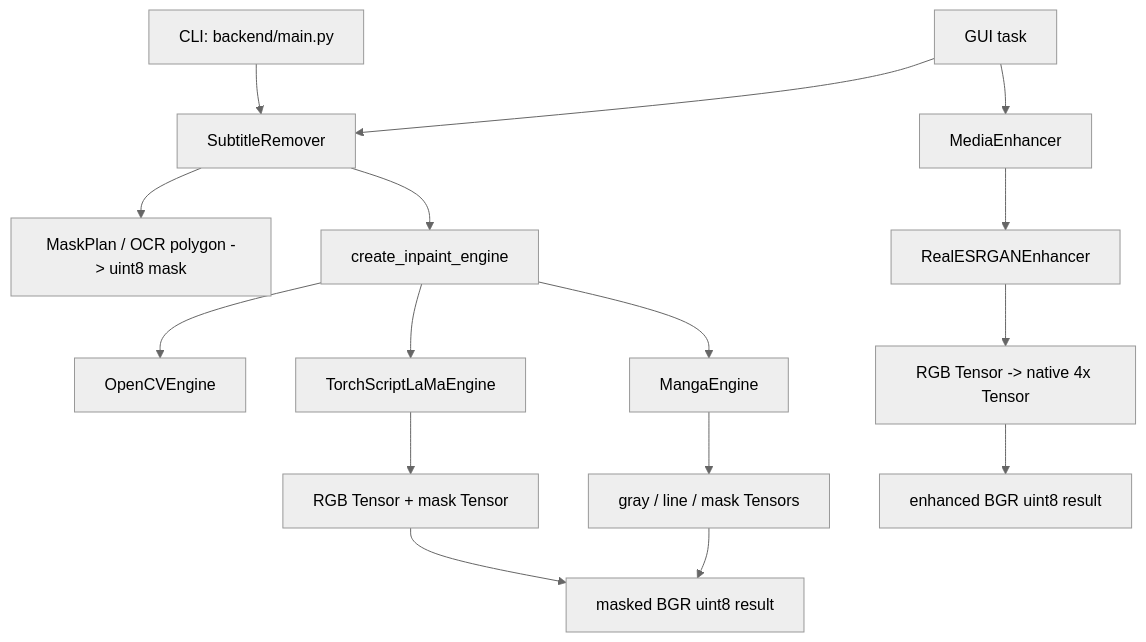
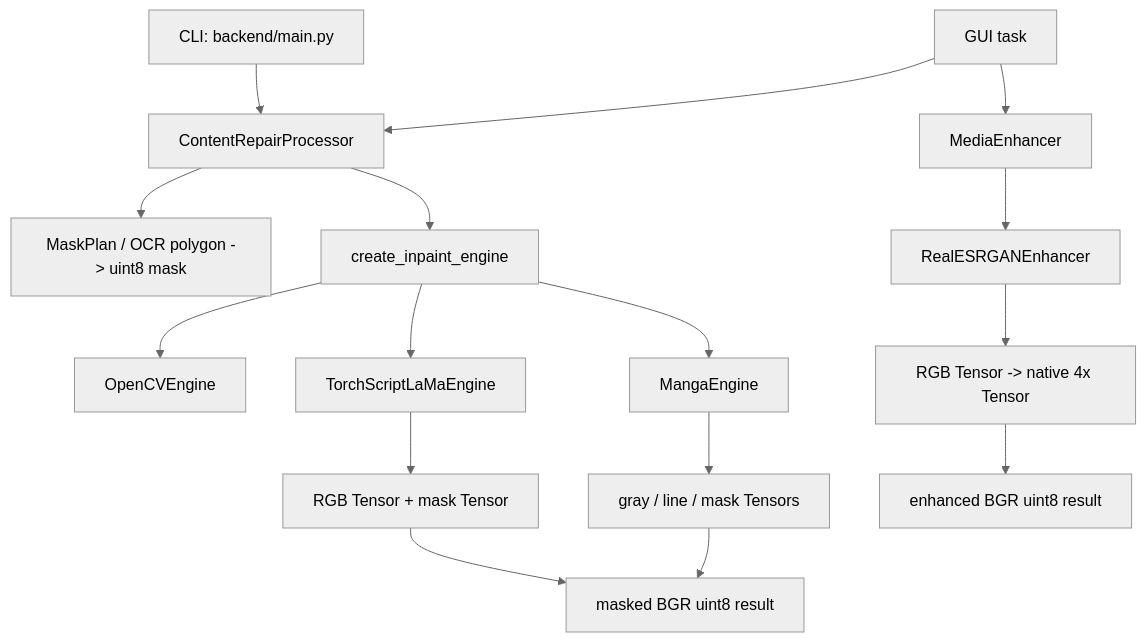
One commit to Yukino-insect/Yukino-insect.github.io changed the diagram in content/Agent/02-model-inference-and-infrastructure/01-pytorch-foundations/08-project-interview-and-debugging.md. Above: the diagram before and after it, drawn with Mermaid (neutral theme). The commit also changed other lines of this file and 24 other files, not shown here.

````diff
--- a/content/Agent/02-model-inference-and-infrastructure/01-pytorch-foundations/08-project-interview-and-debugging.md
+++ b/content/Agent/02-model-inference-and-infrastructure/01-pytorch-foundations/08-project-interview-and-debugging.md
@@ -19,18 +19,18 @@
 ```mermaid
 flowchart TD
-    CLI[CLI: backend/main.py] --> SR[SubtitleRemover]
-    GUI[GUI task] --> SR
-    SR --> MASK[MaskPlan / OCR polygon -> uint8 mask]
-    SR --> FACTORY[create_inpaint_engine]
+    CLI[CLI: backend/main.py] --> CR[ContentRepairProcessor]
+    GUI[GUI task] --> CR
+    CR --> MASK[MaskPlan / OCR polygon -> uint8 mask]
+    CR --> FACTORY[create_inpaint_engine]
     FACTORY --> OPENCV[OpenCVEngine]
     FACTORY --> LAMA[TorchScriptLaMaEngine]
     FACTORY --> MANGA[MangaEngine]
     LAMA --> LAMAT[RGB Tensor + mask Tensor]
     MANGA --> MANGAT[gray / line / mask Tensors]
     LAMAT --> REPAIR[masked BGR uint8 result]
     MANGAT --> REPAIR
     GUI --> ME[MediaEnhancer]
     ME --> ESR[RealESRGANEnhancer]
     ESR --> ESRT[RGB Tensor -> native 4x Tensor]
     ESRT --> ENHANCED[enhanced BGR uint8 result]
 ```
````
